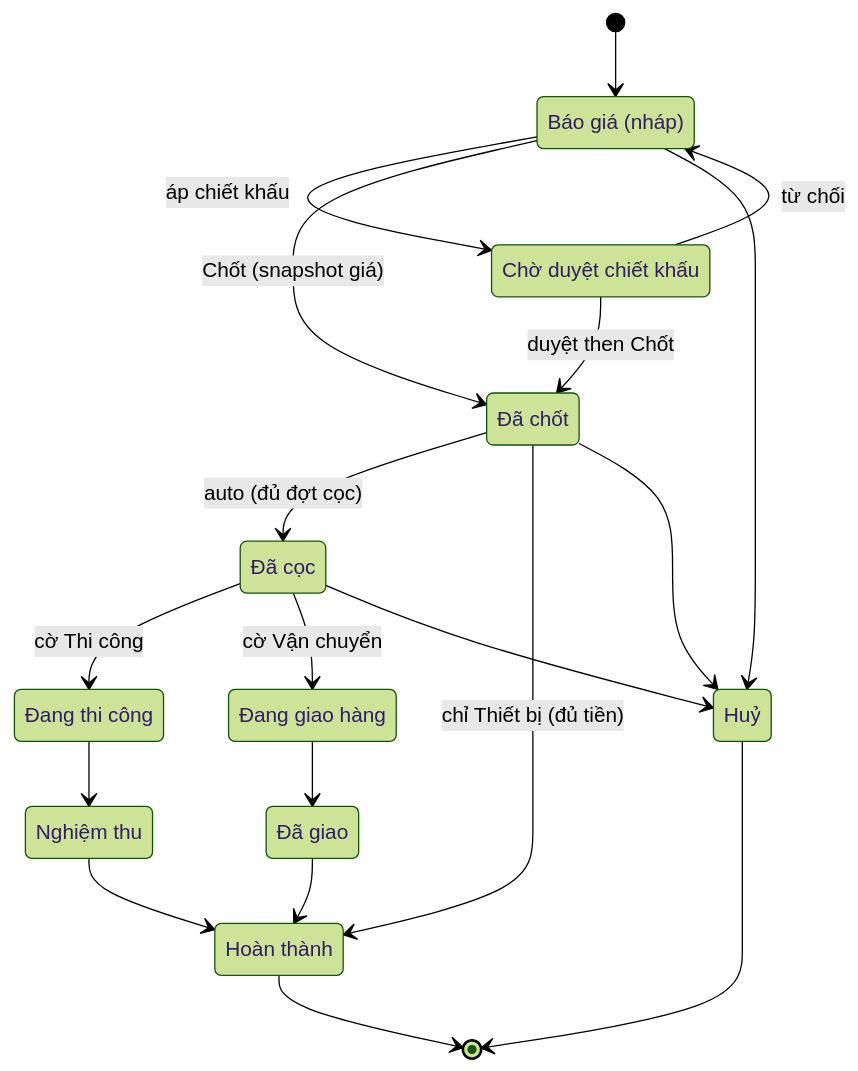
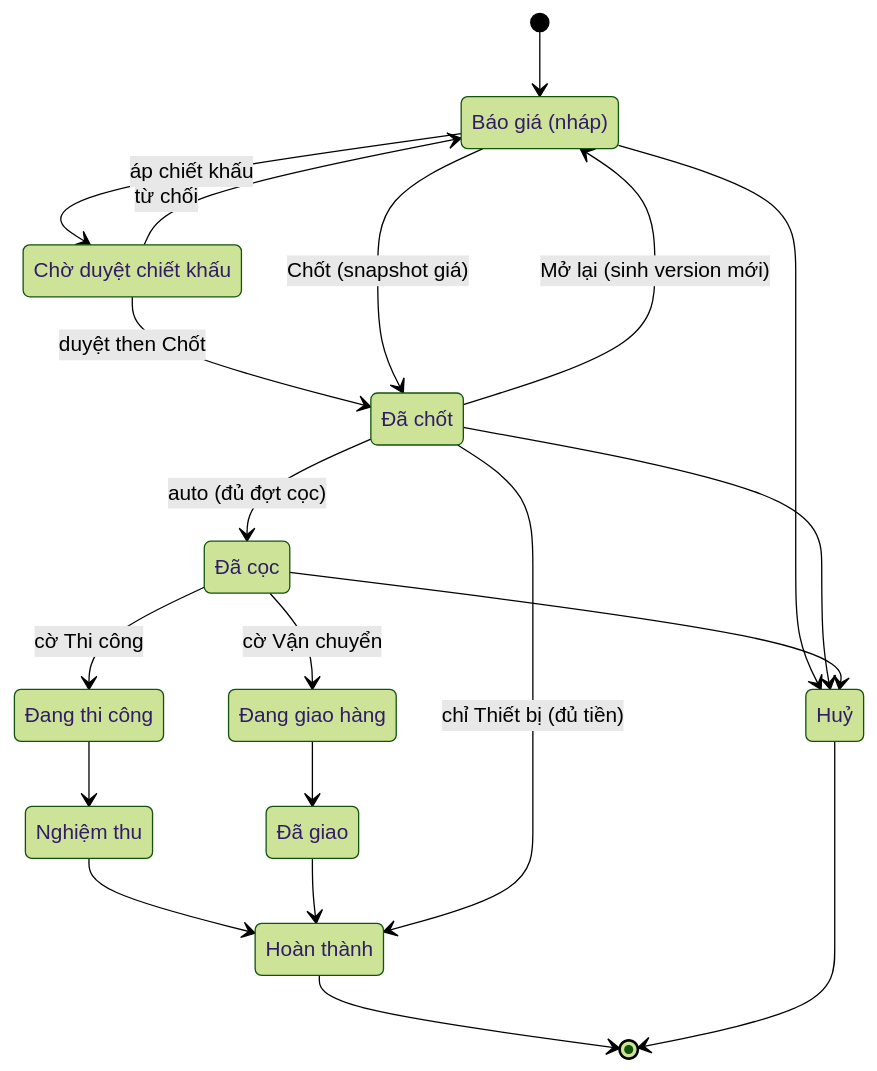
Before and after one commit to nquangphan/Solar-Energy-Management: the third of 4 diagrams in _bmad-output/planning-artifacts/architecture/architecture-Solar-Energy-Management-2026-07-07/ARCHITECTURE-SPINE.md, drawn with Mermaid (forest theme). The commit also changed other lines of this file and 7 other files, not shown here.

````diff
--- a/_bmad-output/planning-artifacts/architecture/architecture-Solar-Energy-Management-2026-07-07/ARCHITECTURE-SPINE.md
+++ b/_bmad-output/planning-artifacts/architecture/architecture-Solar-Energy-Management-2026-07-07/ARCHITECTURE-SPINE.md
@@ -374,31 +378,32 @@
 ```mermaid
 stateDiagram-v2
     state "Báo giá (nháp)" as BaoGia
     state "Chờ duyệt chiết khấu" as ChoDuyet
     state "Đã chốt" as DaChot
     state "Đã cọc" as DaCoc
     state "Đang thi công" as DangTC
     state "Nghiệm thu" as NghiemThu
     state "Đang giao hàng" as DangGiao
     state "Đã giao" as DaGiao
     state "Hoàn thành" as HoanThanh
     state "Huỷ" as Huy
     [*] --> BaoGia
     BaoGia --> ChoDuyet : áp chiết khấu
     ChoDuyet --> BaoGia : từ chối
     ChoDuyet --> DaChot : duyệt then Chốt
     BaoGia --> DaChot : Chốt (snapshot giá)
+    DaChot --> BaoGia : Mở lại (sinh version mới)
     DaChot --> DaCoc : auto (đủ đợt cọc)
     DaCoc --> DangTC : cờ Thi công
     DangTC --> NghiemThu
     DaCoc --> DangGiao : cờ Vận chuyển
     DangGiao --> DaGiao
     NghiemThu --> HoanThanh
     DaGiao --> HoanThanh
     DaChot --> HoanThanh : chỉ Thiết bị (đủ tiền)
     BaoGia --> Huy
     DaChot --> Huy
     DaCoc --> Huy
     HoanThanh --> [*]
     Huy --> [*]
 ```
````
